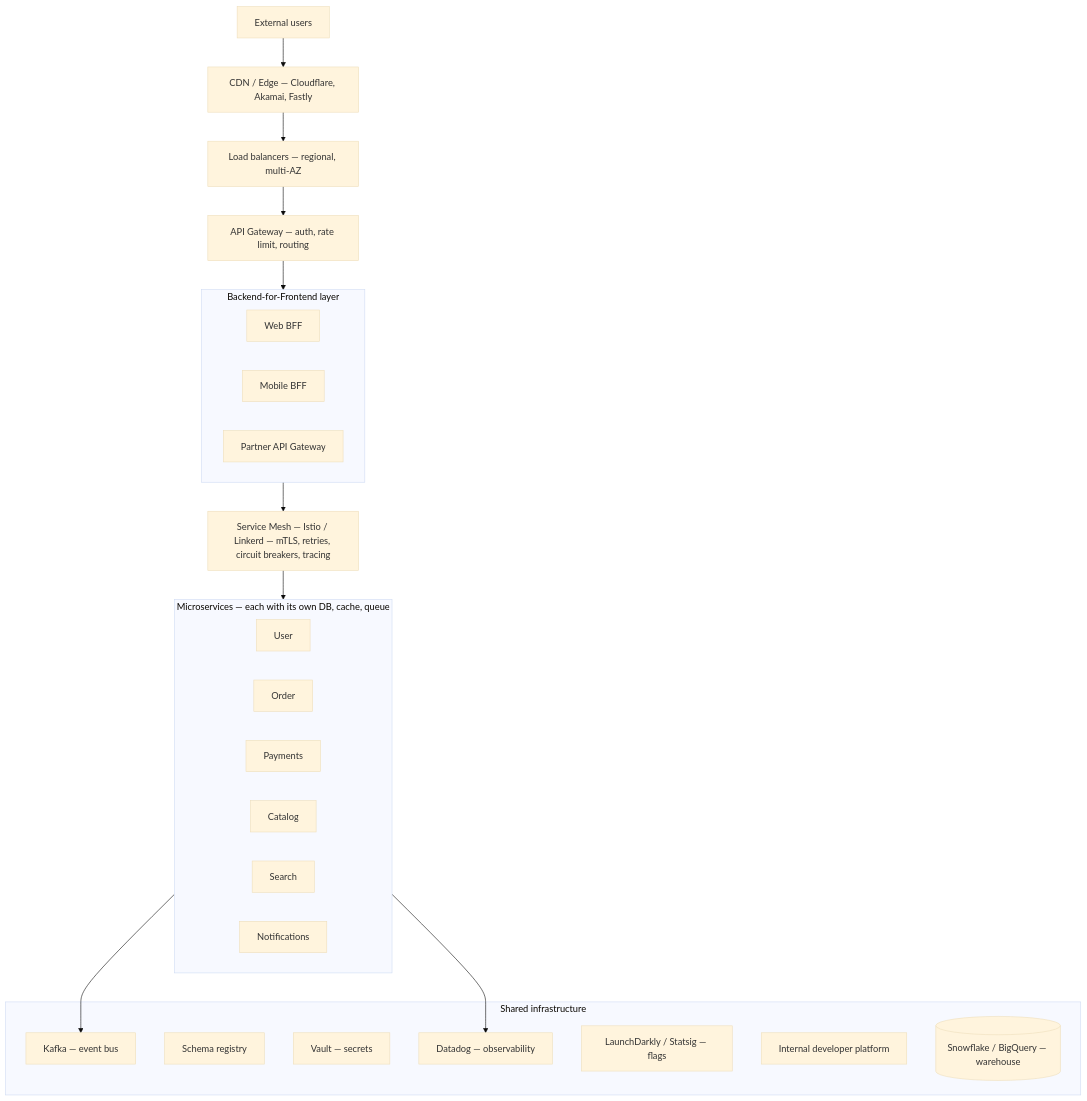
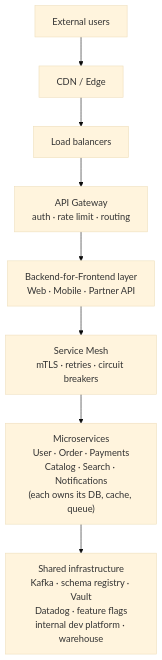
Before and after one commit to tonyx1998/modern-web-dev-guide: the diagram in docs/07-enterprise/04-architecture.md, drawn with Mermaid (base theme). The commit also changed 3 other files, not shown here.

First line of the commit message:
Improve diagram legibility

````diff
--- a/docs/07-enterprise/04-architecture.md
+++ b/docs/07-enterprise/04-architecture.md
@@ -37,33 +37,12 @@
 ```mermaid
 flowchart TB
     Users["External users"]
-    CDN["CDN / Edge — Cloudflare, Akamai, Fastly"]
-    LB["Load balancers — regional, multi-AZ"]
-    GW["API Gateway — auth, rate limit, routing"]
-    subgraph BFFs["Backend-for-Frontend layer"]
-        WebBFF["Web BFF"]
-        MobBFF["Mobile BFF"]
-        PartGW["Partner API Gateway"]
-    end
-    Mesh["Service Mesh — Istio / Linkerd — mTLS, retries, circuit breakers, tracing"]
-    subgraph Services["Microservices — each with its own DB, cache, queue"]
-        UserSvc["User"]
-        OrderSvc["Order"]
-        PaySvc["Payments"]
-        CatSvc["Catalog"]
-        SearchSvc["Search"]
-        NotifSvc["Notifications"]
-    end
-    subgraph Shared["Shared infrastructure"]
-        Kafka["Kafka — event bus"]
-        Schema["Schema registry"]
-        Vault["Vault — secrets"]
-        Obs["Datadog — observability"]
-        Flags["LaunchDarkly / Statsig — flags"]
-        IDP["Internal developer platform"]
-        DW[("Snowflake / BigQuery — warehouse")]
-    end
-    Users --> CDN --> LB --> GW --> BFFs --> Mesh --> Services
-    Services --> Kafka
-    Services --> Obs
+    CDN["CDN / Edge"]
+    LB["Load balancers"]
+    GW["API Gateway<br/>auth · rate limit · routing"]
+    BFF["Backend-for-Frontend layer<br/>Web · Mobile · Partner API"]
+    Mesh["Service Mesh<br/>mTLS · retries · circuit breakers"]
+    Services["Microservices<br/>User · Order · Payments<br/>Catalog · Search · Notifications<br/>(each owns its DB, cache, queue)"]
+    Shared["Shared infrastructure<br/>Kafka · schema registry · Vault<br/>Datadog · feature flags<br/>internal dev platform · warehouse"]
+    Users --> CDN --> LB --> GW --> BFF --> Mesh --> Services --> Shared
 ```
````
